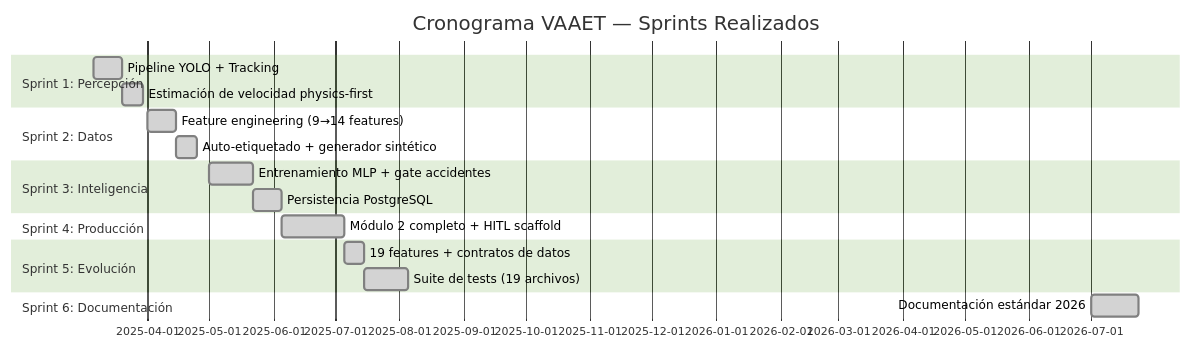
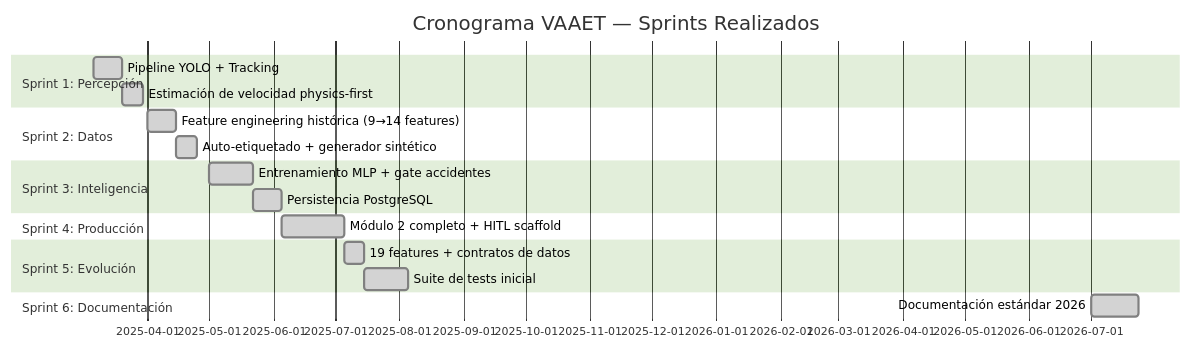
One commit to aka-titesen/vaaet changed the diagram in docs/governance/project-plan.md. Above: the diagram before and after it, drawn with Mermaid (forest theme). The commit also changed other lines of this file and 114 other files, not shown here.

````diff
--- a/docs/governance/project-plan.md
+++ b/docs/governance/project-plan.md
@@ -47,21 +47,21 @@
 ```mermaid
 gantt
     title Cronograma VAAET — Sprints Realizados
     dateFormat  YYYY-MM-DD
     section Sprint 1: Percepción
     Pipeline YOLO + Tracking               :done, s1, 2025-03-06, 14d
     Estimación de velocidad physics-first   :done, s1b, 2025-03-20, 10d
     section Sprint 2: Datos
-    Feature engineering (9→14 features)     :done, s2, 2025-04-01, 14d
+    Feature engineering histórica (9→14 features) :done, s2, 2025-04-01, 14d
     Auto-etiquetado + generador sintético   :done, s2b, 2025-04-15, 10d
     section Sprint 3: Inteligencia
     Entrenamiento MLP + gate accidentes     :done, s3, 2025-05-01, 21d
     Persistencia PostgreSQL                 :done, s3b, 2025-05-22, 14d
     section Sprint 4: Producción
     Módulo 2 completo + HITL scaffold       :done, s4, 2025-06-05, 30d
     section Sprint 5: Evolución
     19 features + contratos de datos        :done, s5, 2025-07-05, 10d
-    Suite de tests (19 archivos)            :done, s5b, 2025-07-15, 21d
+    Suite de tests inicial                  :done, s5b, 2025-07-15, 21d
     section Sprint 6: Documentación
     Documentación estándar 2026             :done, s6, 2026-07-01, 23d
 ```
````
